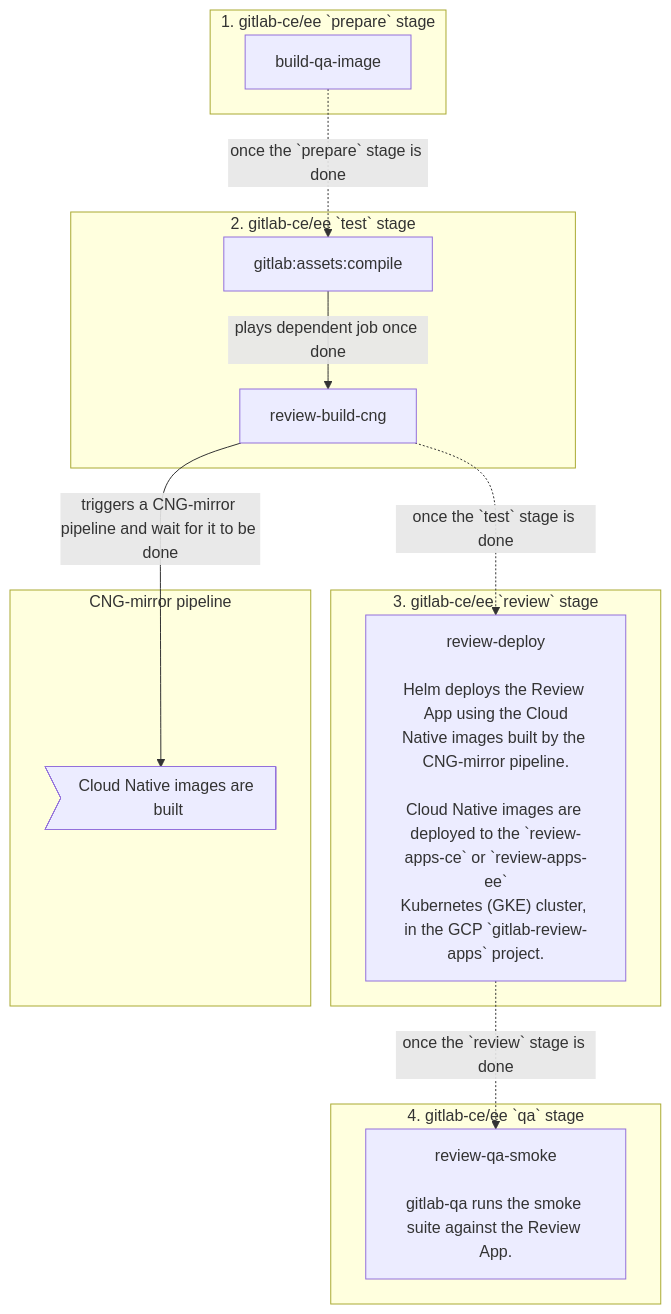
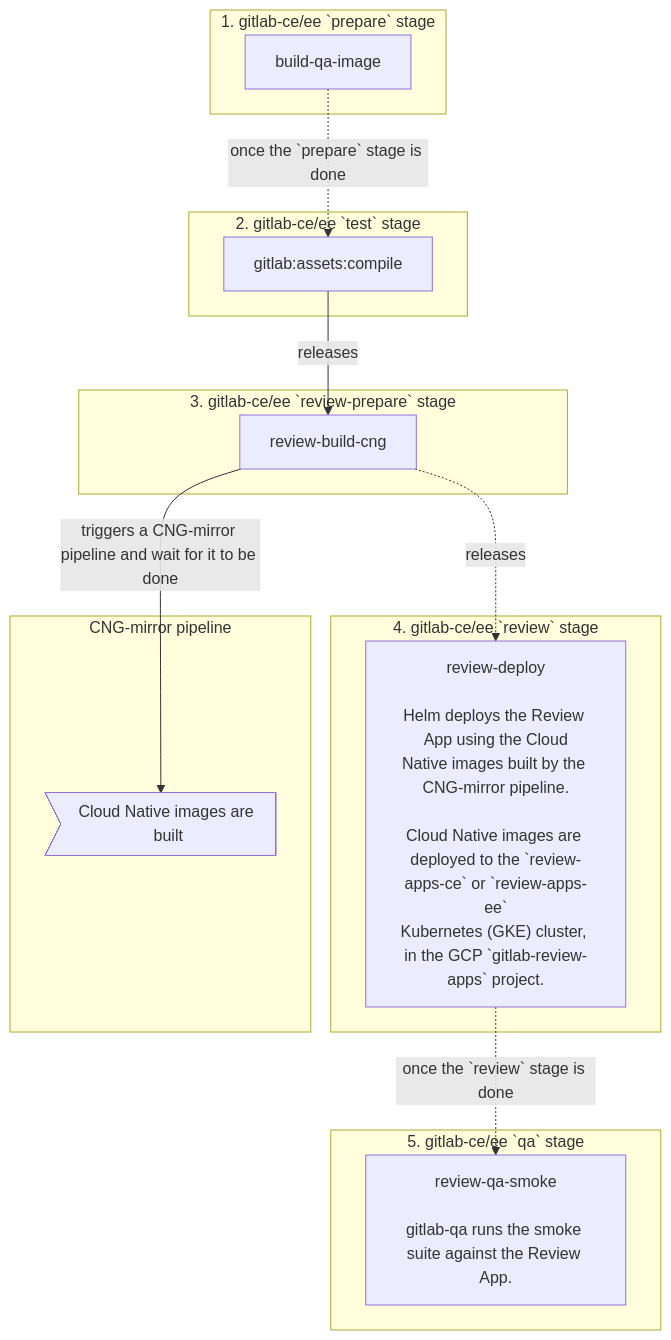
One commit to ngen-brett/gitlab-ce changed the diagram in doc/development/testing_guide/review_apps.md. Above: the diagram before and after it, drawn with Mermaid. The commit also changed other lines of this file and 1 other file, not shown here.

First line of the commit message:
Add review app cluster health troubleshooting guidance

````diff
--- a/doc/development/testing_guide/review_apps.md
+++ b/doc/development/testing_guide/review_apps.md
@@ -11,27 +11,32 @@
 ```mermaid
 graph TD
     build-qa-image -.->|once the `prepare` stage is done| gitlab:assets:compile
+    gitlab:assets:compile -->|releases| review-build-cng
     review-build-cng -->|triggers a CNG-mirror pipeline and wait for it to be done| CNG-mirror
-    review-build-cng -.->|once the `test` stage is done| review-deploy
+    review-build-cng -.->|releases| review-deploy
     review-deploy -.->|once the `review` stage is done| review-qa-smoke
 
 subgraph "1. gitlab-ce/ee `prepare` stage"
     build-qa-image
     end
 
 subgraph "2. gitlab-ce/ee `test` stage"
-    gitlab:assets:compile -->|plays dependent job once done| review-build-cng
+    gitlab:assets:compile
     end
 
-subgraph "3. gitlab-ce/ee `review` stage"
+subgraph "3. gitlab-ce/ee `review-prepare` stage"
+    review-build-cng
+    end
+
+subgraph "4. gitlab-ce/ee `review` stage"
     review-deploy["review-deploy<br><br>Helm deploys the Review App using the Cloud<br/>Native images built by the CNG-mirror pipeline.<br><br>Cloud Native images are deployed to the `review-apps-ce` or `review-apps-ee`<br>Kubernetes (GKE) cluster, in the GCP `gitlab-review-apps` project."]
     end
 
-subgraph "4. gitlab-ce/ee `qa` stage"
+subgraph "5. gitlab-ce/ee `qa` stage"
     review-qa-smoke[review-qa-smoke<br><br>gitlab-qa runs the smoke suite against the Review App.]
     end
 
 subgraph "CNG-mirror pipeline"
     CNG-mirror>Cloud Native images are built];
     end
 ```
````
